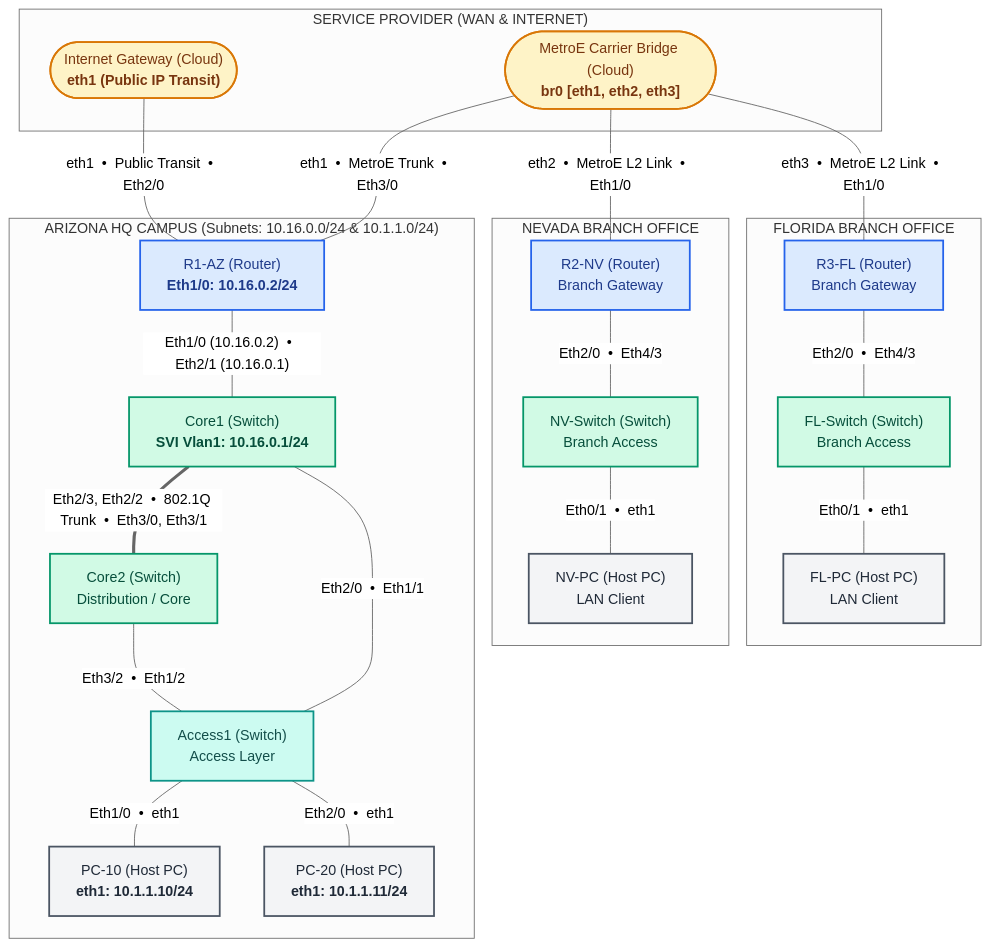
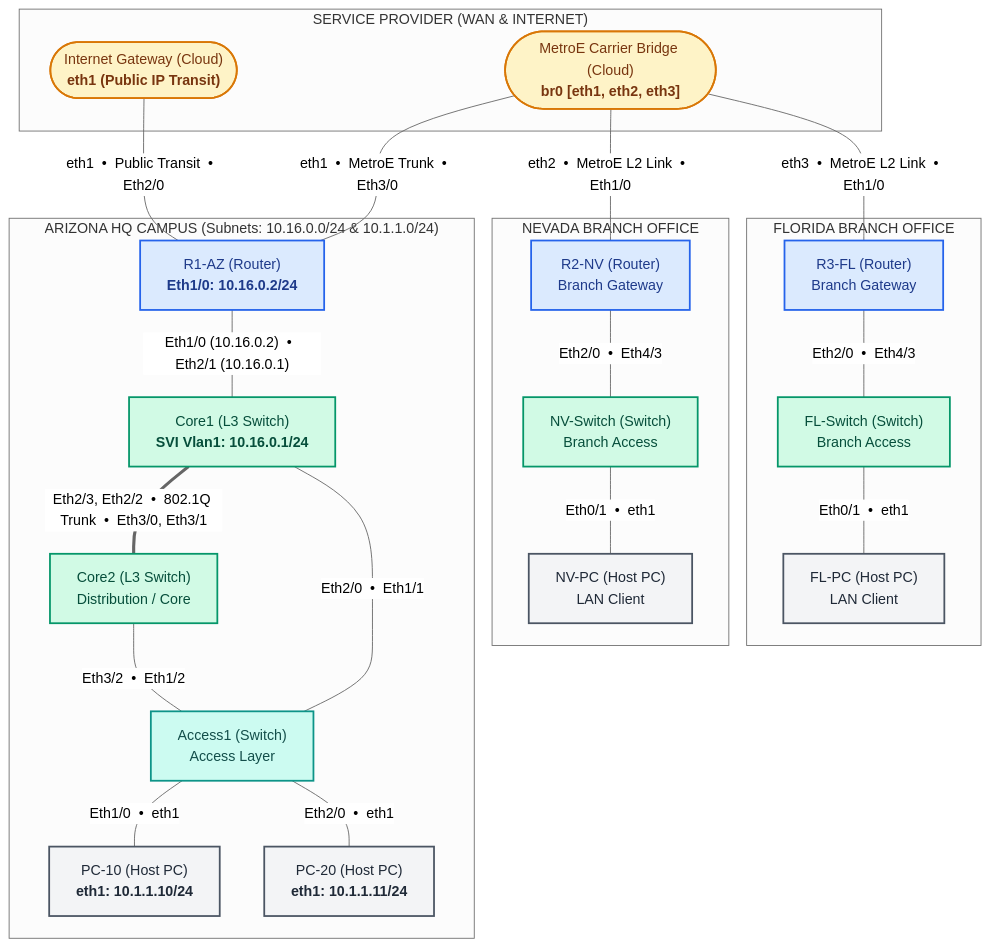
Before and after one commit to Ahmed-Alaa-Gomaa-Mohammed/ccna-study-labs: the diagram in Arizona-Nevada-Florida-lab/README.md, drawn with Mermaid (neutral theme). The commit also changed 12 other files, not shown here.

````diff
--- a/Arizona-Nevada-Florida-lab/README.md
+++ b/Arizona-Nevada-Florida-lab/README.md
@@ -14,52 +14,52 @@
 ```mermaid
 flowchart TD
     classDef router fill:#DBEAFE,stroke:#2563EB,stroke-width:2px,color:#1E3A8A;
     classDef switch fill:#D1FAE5,stroke:#059669,stroke-width:2px,color:#064E3B;
     classDef access fill:#CCFBF1,stroke:#0D9488,stroke-width:2px,color:#134E4A;
     classDef cloud fill:#FEF3C7,stroke:#D97706,stroke-width:2px,color:#78350F;
     classDef host fill:#F3F4F6,stroke:#4B5563,stroke-width:2px,color:#1F2937;
 
     subgraph Service_Provider ["SERVICE PROVIDER (WAN & INTERNET)"]
         Internet(["Internet Gateway (Cloud)<br><b>eth1 (Public IP Transit)</b>"]):::cloud
         MetroE(["MetroE Carrier Bridge (Cloud)<br><b>br0 [eth1, eth2, eth3]</b>"]):::cloud
     end
 
     subgraph Arizona_HQ ["ARIZONA HQ CAMPUS (Subnets: 10.16.0.0/24 & 10.1.1.0/24)"]
         R1["R1-AZ (Router)<br><b>Eth1/0: 10.16.0.2/24</b>"]:::router
-        Core1["Core1 (Switch)<br><b>SVI Vlan1: 10.16.0.1/24</b>"]:::switch
-        Core2["Core2 (Switch)<br>Distribution / Core"]:::switch
+        Core1["Core1 (L3 Switch)<br><b>SVI Vlan1: 10.16.0.1/24</b>"]:::switch
+        Core2["Core2 (L3 Switch)<br>Distribution / Core"]:::switch
         Access1["Access1 (Switch)<br>Access Layer"]:::access
         PC10["PC-10 (Host PC)<br><b>eth1: 10.1.1.10/24</b>"]:::host
         PC20["PC-20 (Host PC)<br><b>eth1: 10.1.1.11/24</b>"]:::host
 
         R1 ---|"Eth1/0 (10.16.0.2) &nbsp;&bull;&nbsp; Eth2/1 (10.16.0.1)"| Core1
         Core1 ===|"Eth2/3, Eth2/2 &nbsp;&bull;&nbsp; 802.1Q Trunk &nbsp;&bull;&nbsp; Eth3/0, Eth3/1"| Core2
         Core1 ---|"Eth2/0 &nbsp;&bull;&nbsp; Eth1/1"| Access1
         Core2 ---|"Eth3/2 &nbsp;&bull;&nbsp; Eth1/2"| Access1
         Access1 ---|"Eth1/0 &nbsp;&bull;&nbsp; eth1"| PC10
         Access1 ---|"Eth2/0 &nbsp;&bull;&nbsp; eth1"| PC20
     end
 
     subgraph Nevada_Branch ["NEVADA BRANCH OFFICE"]
         R2["R2-NV (Router)<br>Branch Gateway"]:::router
         NVSwitch["NV-Switch (Switch)<br>Branch Access"]:::switch
         NVPC["NV-PC (Host PC)<br>LAN Client"]:::host
 
         R2 ---|"Eth2/0 &nbsp;&bull;&nbsp; Eth4/3"| NVSwitch
         NVSwitch ---|"Eth0/1 &nbsp;&bull;&nbsp; eth1"| NVPC
     end
 
     subgraph Florida_Branch ["FLORIDA BRANCH OFFICE"]
         R3["R3-FL (Router)<br>Branch Gateway"]:::router
         FLSwitch["FL-Switch (Switch)<br>Branch Access"]:::switch
         FLPC["FL-PC (Host PC)<br>LAN Client"]:::host
 
         R3 ---|"Eth2/0 &nbsp;&bull;&nbsp; Eth4/3"| FLSwitch
         FLSwitch ---|"Eth0/1 &nbsp;&bull;&nbsp; eth1"| FLPC
     end
 
     Internet ---|"eth1 &nbsp;&bull;&nbsp; Public Transit &nbsp;&bull;&nbsp; Eth2/0"| R1
     MetroE ---|"eth1 &nbsp;&bull;&nbsp; MetroE Trunk &nbsp;&bull;&nbsp; Eth3/0"| R1
     MetroE ---|"eth2 &nbsp;&bull;&nbsp; MetroE L2 Link &nbsp;&bull;&nbsp; Eth1/0"| R2
     MetroE ---|"eth3 &nbsp;&bull;&nbsp; MetroE L2 Link &nbsp;&bull;&nbsp; Eth1/0"| R3
 ```
````
